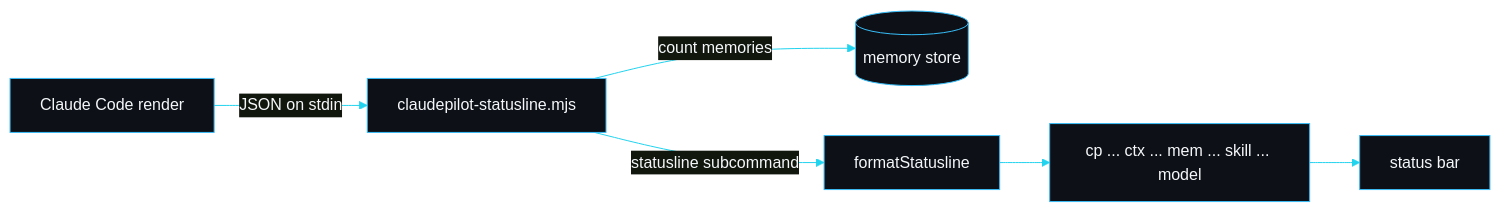
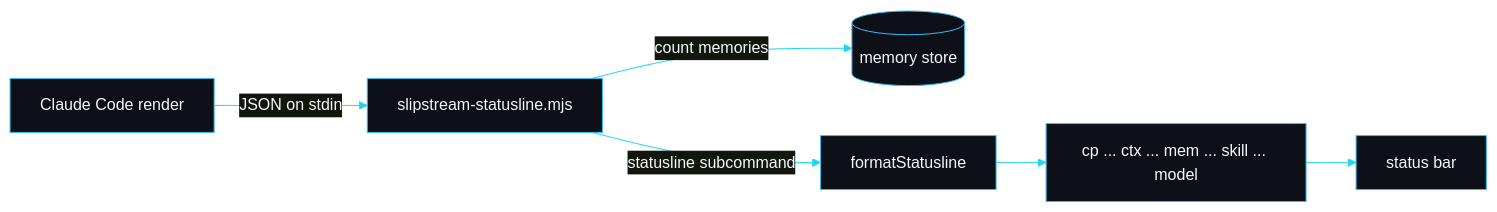
Before and after one commit to sarmakska/slipstream: the diagram in wiki/Statusline.md, drawn with Mermaid. The commit also changed other lines of this file and 35 other files, not shown here.

````diff
--- a/wiki/Statusline.md
+++ b/wiki/Statusline.md
@@ -31,9 +31,9 @@
 ```mermaid
 %%{init: {'theme':'base','themeVariables':{'primaryColor':'#0d1117','primaryTextColor':'#f5f7fa','primaryBorderColor':'#38bdf8','lineColor':'#22d3ee','fontFamily':'monospace'}}}%%
 flowchart LR
-  CC[Claude Code render] -->|JSON on stdin| Script[claudepilot-statusline.mjs]
+  CC[Claude Code render] -->|JSON on stdin| Script[slipstream-statusline.mjs]
   Script -->|count memories| Mem[(memory store)]
   Script -->|statusline subcommand| Fmt[formatStatusline]
   Fmt --> Line[cp ... ctx ... mem ... skill ... model]
   Line --> Bar[status bar]
 ```
````
